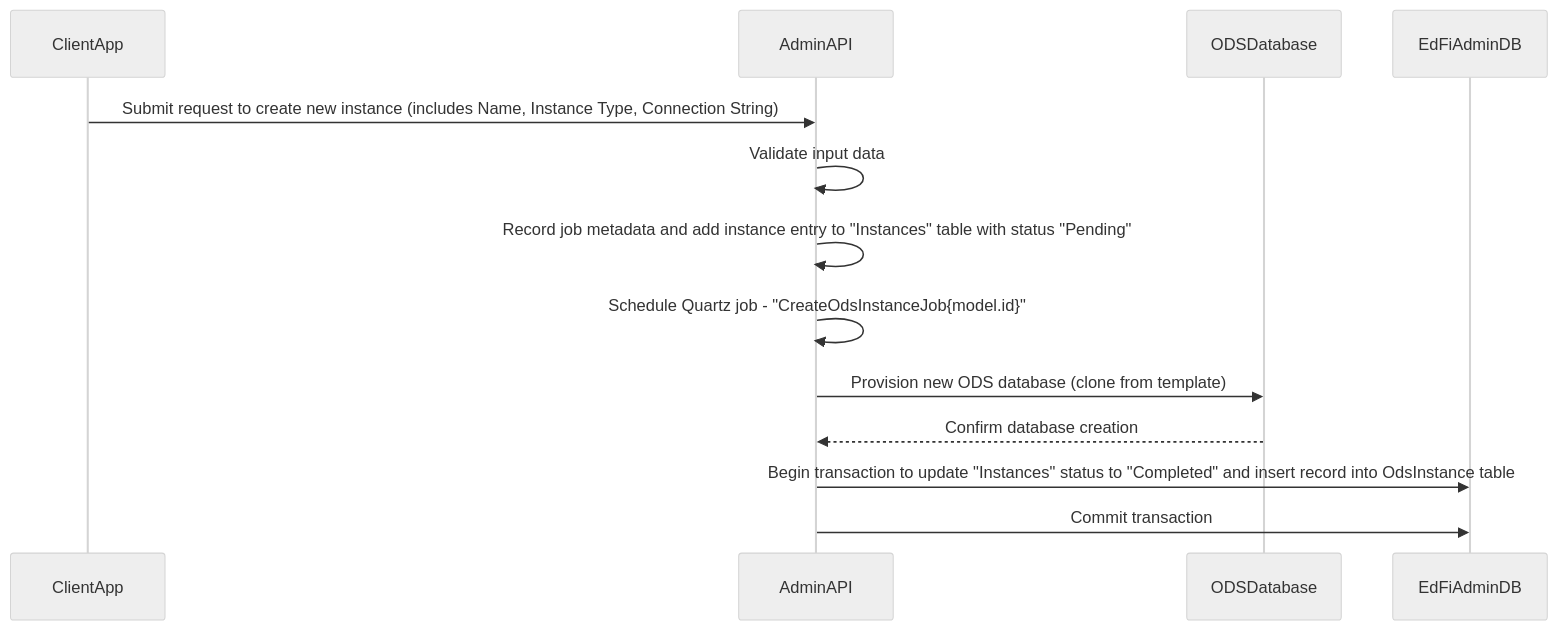
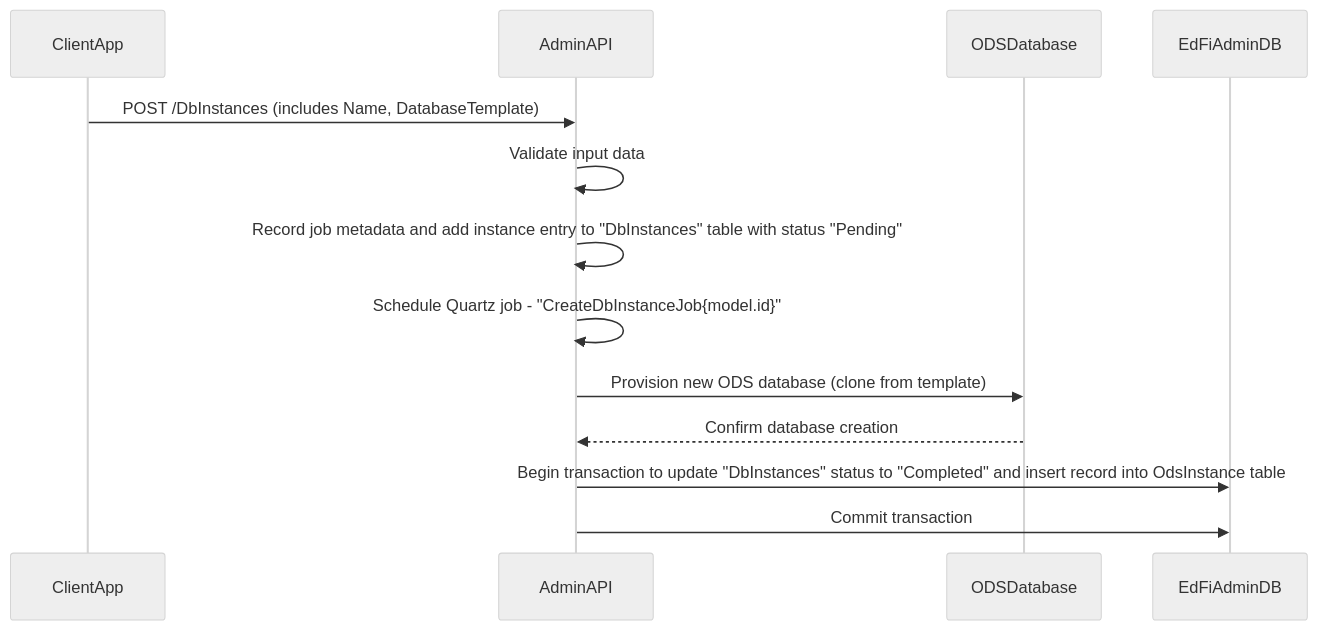
One commit to Ed-Fi-Alliance-OSS/ODS-Admin-API changed the second of 3 diagrams in docs/design/INSTANCE-MANAGEMENT.md. Above: the diagram before and after it, drawn with Mermaid (neutral theme). The commit also changed other lines of this file and 1 other file, not shown here.

Commit message:
Rename to DbInstances

````diff
--- a/docs/design/INSTANCE-MANAGEMENT.md
+++ b/docs/design/INSTANCE-MANAGEMENT.md
@@ -83,16 +86,16 @@
 ```mermaid
 sequenceDiagram
     participant ClientApp
     participant AdminAPI
     participant ODSDatabase
     participant EdFiAdminDB
 
-    ClientApp->>AdminAPI: Submit request to create new instance (includes Name, Instance Type, Connection String)
+    ClientApp->>AdminAPI: POST /DbInstances (includes Name, DatabaseTemplate)
     AdminAPI->>AdminAPI: Validate input data
-    AdminAPI->>AdminAPI: Record job metadata and add instance entry to "Instances" table with status "Pending"
-    AdminAPI->>AdminAPI: Schedule Quartz job - "CreateOdsInstanceJob{model.id}"
+    AdminAPI->>AdminAPI: Record job metadata and add instance entry to "DbInstances" table with status "Pending"
+    AdminAPI->>AdminAPI: Schedule Quartz job - "CreateDbInstanceJob{model.id}"
     AdminAPI->>ODSDatabase: Provision new ODS database (clone from template)
     ODSDatabase-->>AdminAPI: Confirm database creation
-    AdminAPI->>EdFiAdminDB: Begin transaction to update "Instances" status to "Completed" and insert record into OdsInstance table
+    AdminAPI->>EdFiAdminDB: Begin transaction to update "DbInstances" status to "Completed" and insert record into OdsInstance table
     AdminAPI->>EdFiAdminDB: Commit transaction
 ```
````
